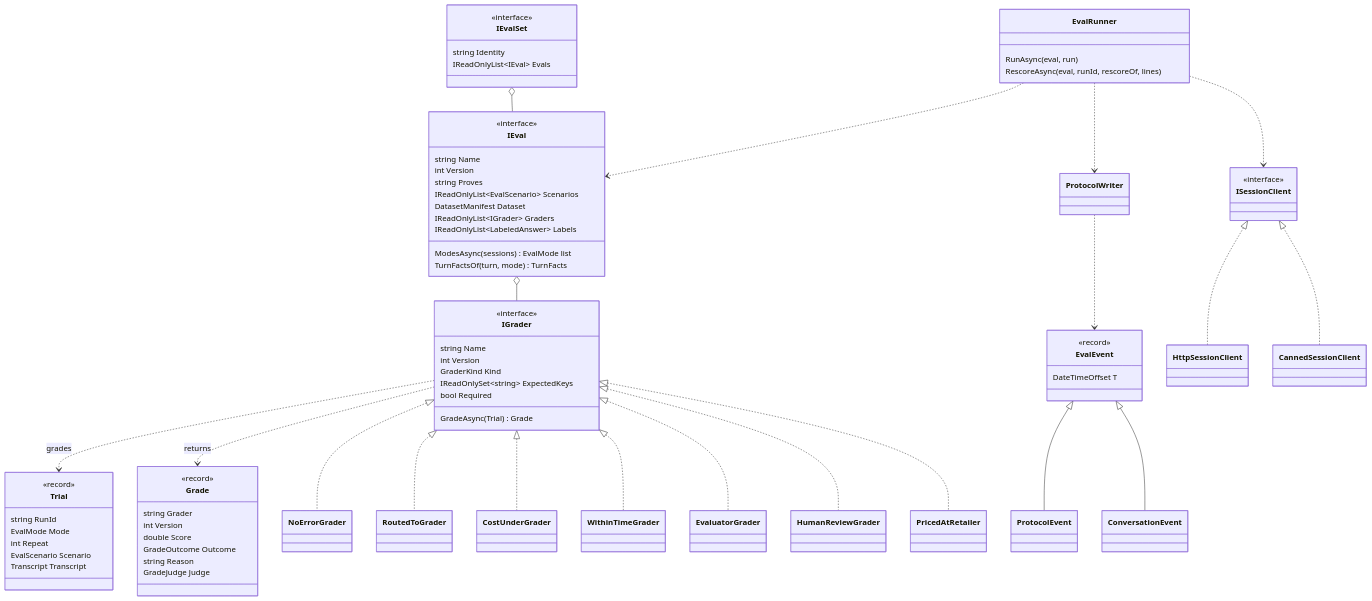
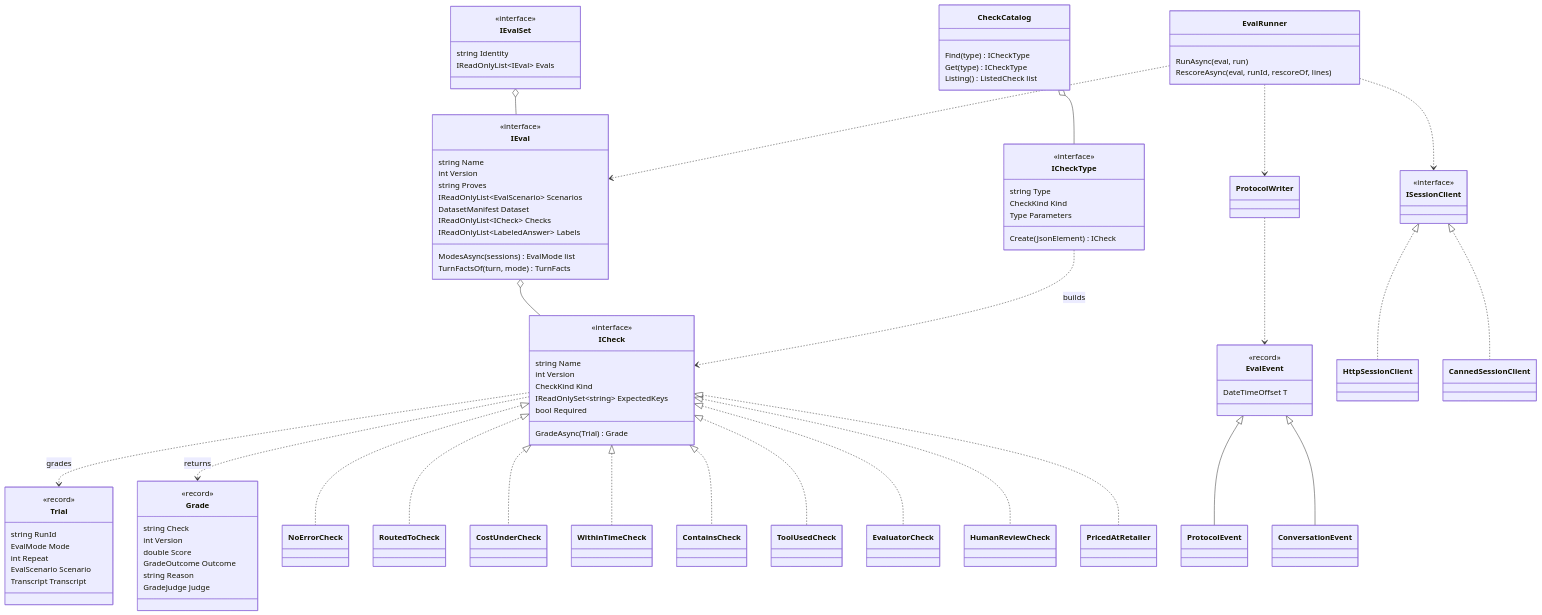
The second of 4 diagrams in docs/architecture/evals.md (bosbevk/louis-agent), drawn with Mermaid before and after one commit. The commit also changed other lines of this file and 22 other files, not shown here.

First line of the commit message:
feat(f49.1): step 9 - the tool-used check, and the docs fold

```diff
--- a/docs/architecture/evals.md
+++ b/docs/architecture/evals.md
@@ -81,22 +82,34 @@
     ModesAsync(sessions) EvalMode list
     IReadOnlyList~EvalScenario~ Scenarios
     DatasetManifest Dataset
-    IReadOnlyList~IGrader~ Graders
+    IReadOnlyList~ICheck~ Checks
     IReadOnlyList~LabeledAnswer~ Labels
     TurnFactsOf(turn, mode) TurnFacts
   }
-  class IGrader {
+  class ICheck {
     <<interface>>
     string Name
     int Version
-    GraderKind Kind
+    CheckKind Kind
     IReadOnlySet~string~ ExpectedKeys
     bool Required
     GradeAsync(Trial) Grade
   }
+  class ICheckType {
+    <<interface>>
+    string Type
+    CheckKind Kind
+    Type Parameters
+    Create(JsonElement) ICheck
+  }
+  class CheckCatalog {
+    Find(type) ICheckType
+    Get(type) ICheckType
+    Listing() ListedCheck list
+  }
   class Grade {
     <<record>>
-    string Grader
+    string Check
     int Version
     double Score
     GradeOutcome Outcome
@@ -123,16 +136,20 @@
     DateTimeOffset T
   }
   IEvalSet o-- IEval
-  IEval o-- IGrader
-  IGrader ..> Trial : grades
-  IGrader ..> Grade : returns
-  IGrader <|.. NoErrorGrader
-  IGrader <|.. RoutedToGrader
-  IGrader <|.. CostUnderGrader
-  IGrader <|.. WithinTimeGrader
-  IGrader <|.. EvaluatorGrader
-  IGrader <|.. HumanReviewGrader
-  IGrader <|.. PricedAtRetailer
+  IEval o-- ICheck
+  ICheck ..> Trial : grades
+  ICheck ..> Grade : returns
+  ICheck <|.. NoErrorCheck
+  ICheck <|.. RoutedToCheck
+  ICheck <|.. CostUnderCheck
+  ICheck <|.. WithinTimeCheck
+  ICheck <|.. ContainsCheck
+  ICheck <|.. ToolUsedCheck
+  ICheck <|.. EvaluatorCheck
+  ICheck <|.. HumanReviewCheck
+  ICheck <|.. PricedAtRetailer
+  ICheckType ..> ICheck : builds
+  CheckCatalog o-- ICheckType
   ISessionClient <|.. HttpSessionClient
   ISessionClient <|.. CannedSessionClient
   EvalRunner ..> IEval
```
